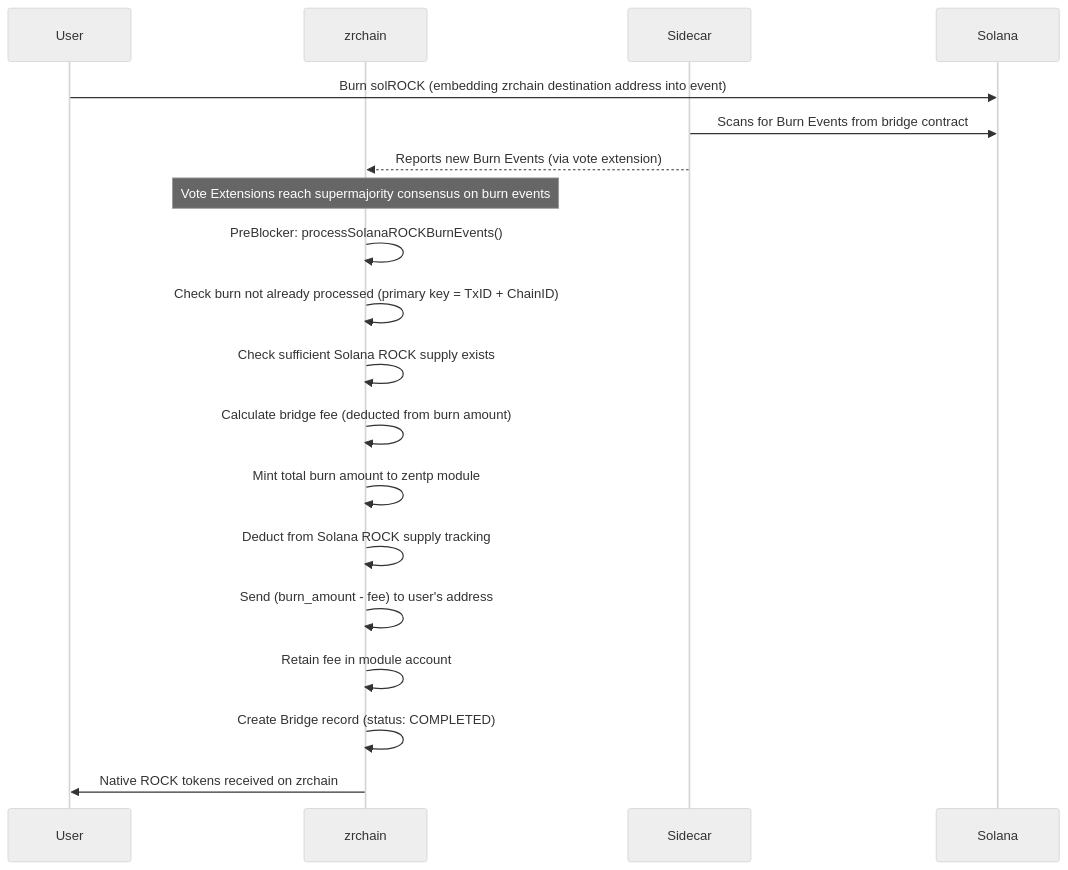
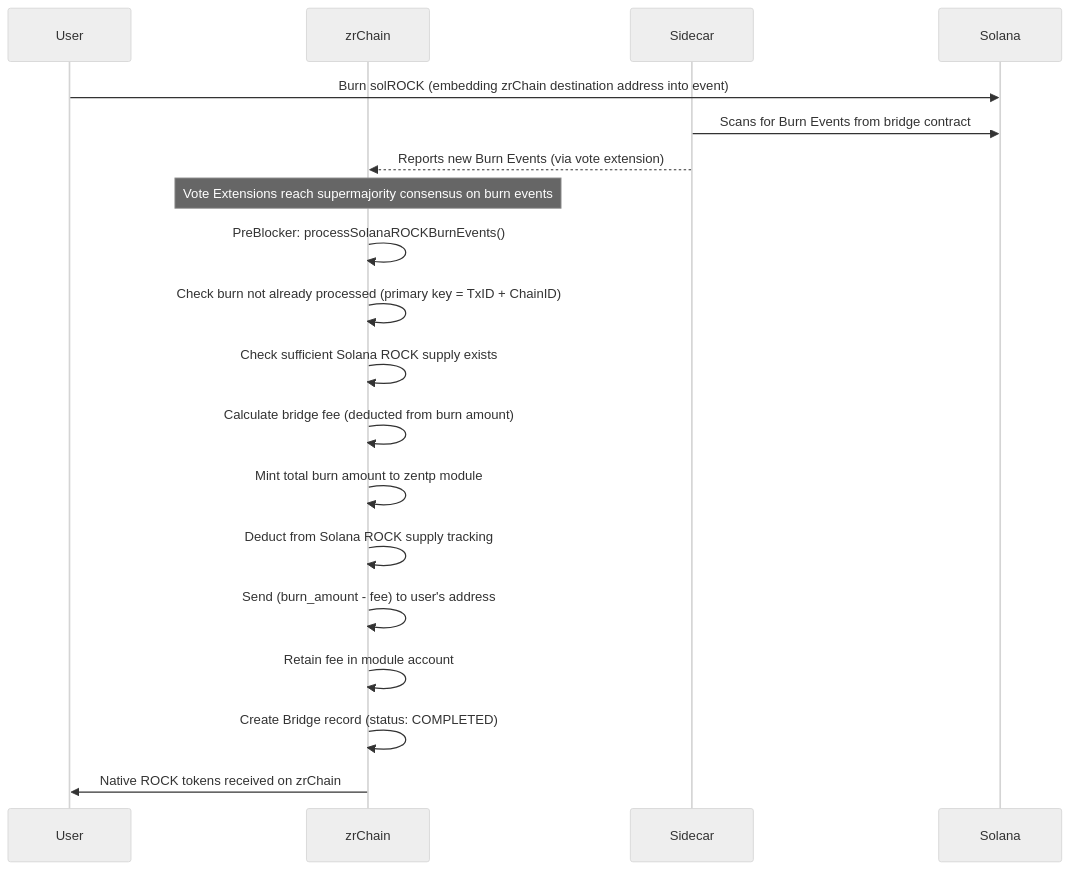
The fourth of 4 diagrams in docs/README.md (zenrocklabs/zrchain), drawn with Mermaid (neutral theme) before and after one commit. The commit also changed other lines of this file, not shown here.

````diff
--- a/docs/README.md
+++ b/docs/README.md
@@ -288,23 +284,23 @@
 ```mermaid
 sequenceDiagram
     participant User
-    participant zrchain
+    participant zrChain
     participant Sidecar
     participant Solana
 
-    User->>Solana: Burn solROCK (embedding zrchain destination address into event)
+    User->>Solana: Burn solROCK (embedding zrChain destination address into event)
     Sidecar->>Solana: Scans for Burn Events from bridge contract
-    Sidecar-->>zrchain: Reports new Burn Events (via vote extension)
-    Note over zrchain: Vote Extensions reach supermajority consensus on burn events
+    Sidecar-->>zrChain: Reports new Burn Events (via vote extension)
+    Note over zrChain: Vote Extensions reach supermajority consensus on burn events
 
-    zrchain->>zrchain: PreBlocker: processSolanaROCKBurnEvents()
-    zrchain->>zrchain: Check burn not already processed (primary key = TxID + ChainID)
-    zrchain->>zrchain: Check sufficient Solana ROCK supply exists
-    zrchain->>zrchain: Calculate bridge fee (deducted from burn amount)
-    zrchain->>zrchain: Mint total burn amount to zentp module
-    zrchain->>zrchain: Deduct from Solana ROCK supply tracking
-    zrchain->>zrchain: Send (burn_amount - fee) to user's address
-    zrchain->>zrchain: Retain fee in module account
-    zrchain->>zrchain: Create Bridge record (status: COMPLETED)
-    zrchain->>User: Native ROCK tokens received on zrchain
+    zrChain->>zrChain: PreBlocker: processSolanaROCKBurnEvents()
+    zrChain->>zrChain: Check burn not already processed (primary key = TxID + ChainID)
+    zrChain->>zrChain: Check sufficient Solana ROCK supply exists
+    zrChain->>zrChain: Calculate bridge fee (deducted from burn amount)
+    zrChain->>zrChain: Mint total burn amount to zentp module
+    zrChain->>zrChain: Deduct from Solana ROCK supply tracking
+    zrChain->>zrChain: Send (burn_amount - fee) to user's address
+    zrChain->>zrChain: Retain fee in module account
+    zrChain->>zrChain: Create Bridge record (status: COMPLETED)
+    zrChain->>User: Native ROCK tokens received on zrChain
 ```
````
